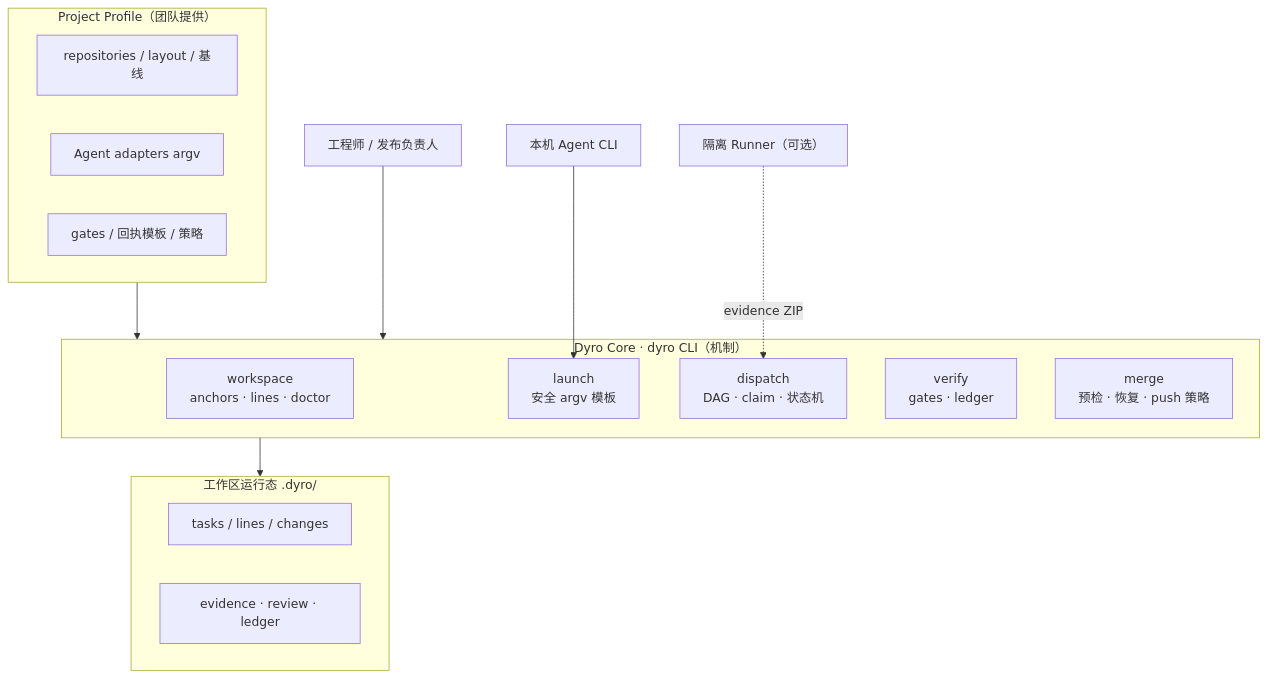
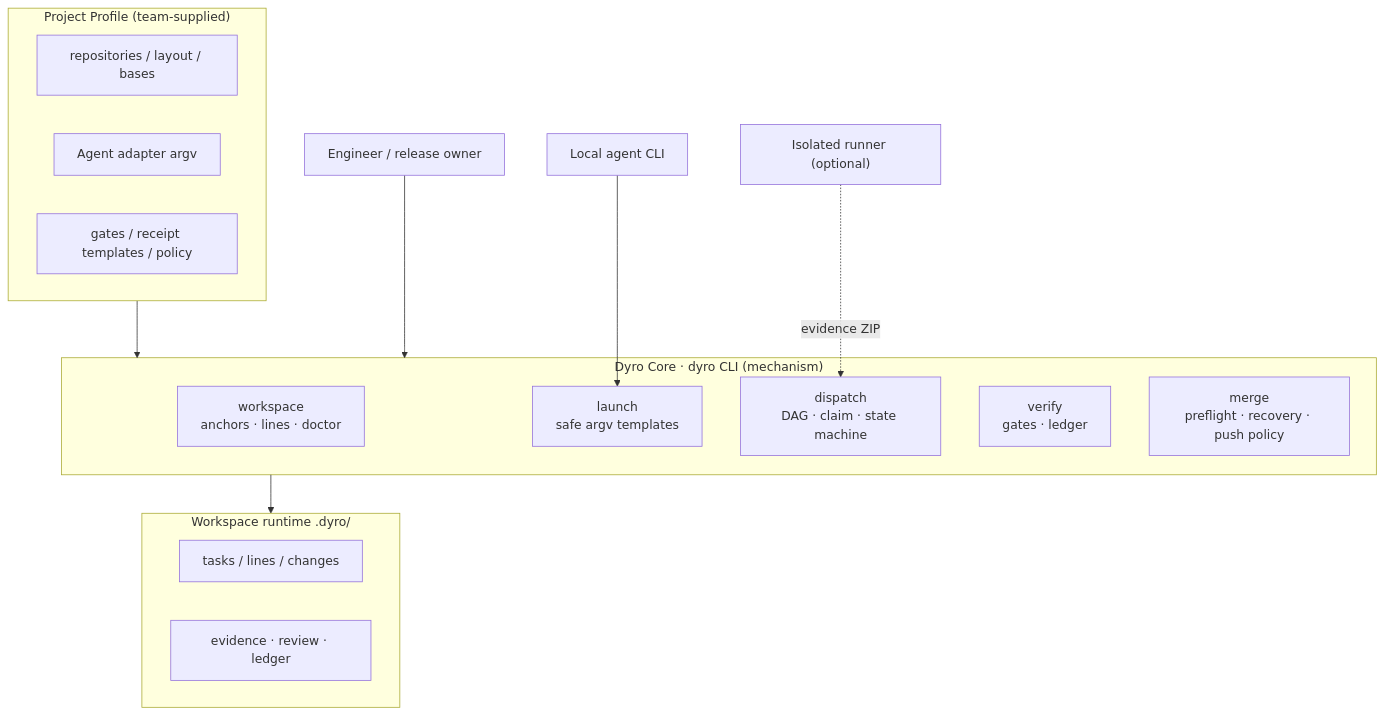
One commit to DandreYang/DyroEngineeringFlow changed the diagram in docs/images/diagrams/src/01-architecture.mmd. Above: the diagram before and after it, drawn with Mermaid. The commit also changed 46 other files, not shown here.

First line of the commit message:
docs: README 内嵌中英 Mermaid 图示并移除 PNG

```diff
--- a/docs/images/diagrams/src/01-architecture.mmd
+++ b/docs/images/diagrams/src/01-architecture.mmd
@@ -1,25 +1,25 @@
 flowchart TB
-  subgraph Profile["Project Profile（团队提供）"]
-    P1["repositories / layout / 基线"]
-    P2["Agent adapters argv"]
-    P3["gates / 回执模板 / 策略"]
+  subgraph Profile["Project Profile (team-supplied)"]
+    P1["repositories / layout / bases"]
+    P2["Agent adapter argv"]
+    P3["gates / receipt templates / policy"]
   end
 
-  subgraph Core["Dyro Core · dyro CLI（机制）"]
+  subgraph Core["Dyro Core · dyro CLI (mechanism)"]
     W["workspace<br/>anchors · lines · doctor"]
-    L["launch<br/>安全 argv 模板"]
-    D["dispatch<br/>DAG · claim · 状态机"]
+    L["launch<br/>safe argv templates"]
+    D["dispatch<br/>DAG · claim · state machine"]
     V["verify<br/>gates · ledger"]
-    M["merge<br/>预检 · 恢复 · push 策略"]
+    M["merge<br/>preflight · recovery · push policy"]
   end
 
-  subgraph Runtime["工作区运行态 .dyro/"]
+  subgraph Runtime["Workspace runtime .dyro/"]
     R1["tasks / lines / changes"]
     R2["evidence · review · ledger"]
   end
 
   Profile --> Core
   Core --> Runtime
-  Human["工程师 / 发布负责人"] --> Core
-  Agent["本机 Agent CLI"] --> L
-  Runner["隔离 Runner（可选）"] -.->|"evidence ZIP"| D
+  Human["Engineer / release owner"] --> Core
+  Agent["Local agent CLI"] --> L
+  Runner["Isolated runner (optional)"] -.->|"evidence ZIP"| D
```
